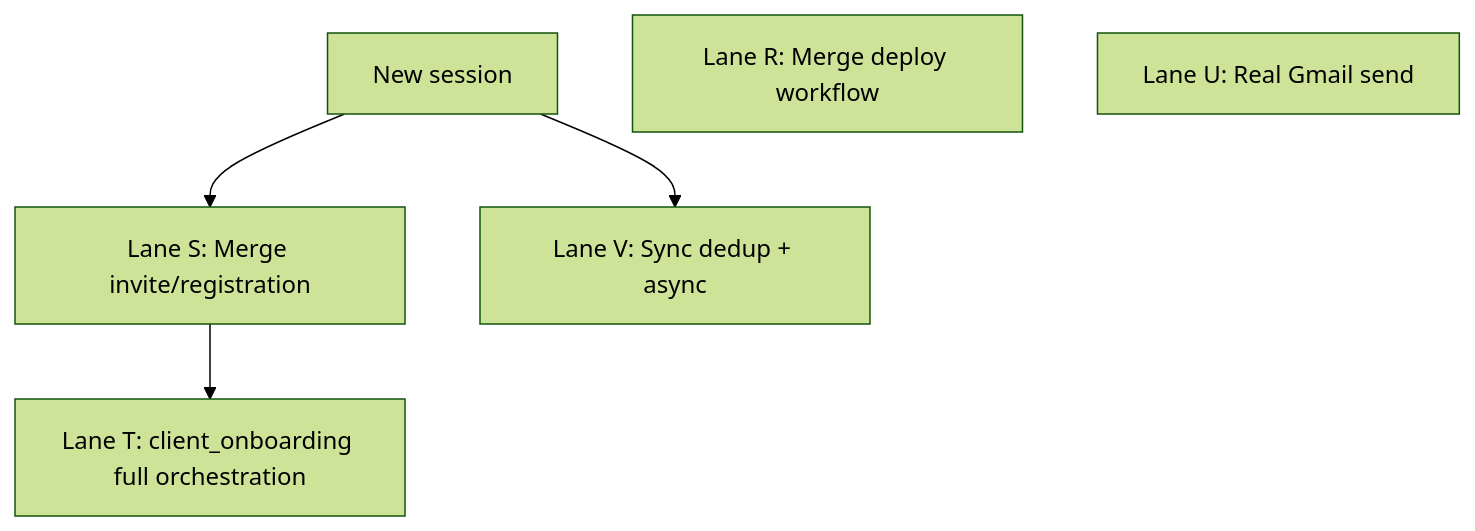
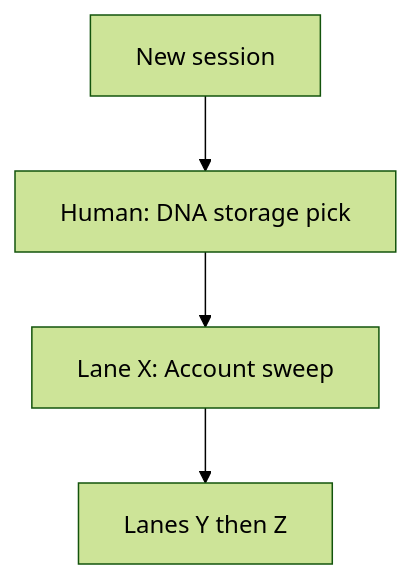
Before and after one commit to mbiv33/FlavorOS_1.5: the diagram in docs/planning/next_session_handoff.md, drawn with Mermaid (forest theme). The commit also changed other lines of this file and 51 other files, not shown here.

````diff
--- a/docs/planning/next_session_handoff.md
+++ b/docs/planning/next_session_handoff.md
@@ -92,13 +114,11 @@
 ```mermaid
 flowchart TD
   start[New session]
-  merge_p[Lane R: Merge deploy workflow]
-  merge_q[Lane S: Merge invite/registration]
-  onboarding_skill[Lane T: client_onboarding full orchestration]
-  gmail_send[Lane U: Real Gmail send]
-  sync_harden[Lane V: Sync dedup + async]
+  storage[Human: DNA storage pick]
+  sweep[Lane X: Account sweep]
+  dna[Lanes Y then Z]
 
-  start --> merge_q
-  merge_q --> onboarding_skill
-  start --> sync_harden
+  start --> storage
+  storage --> sweep
+  sweep --> dna
 ```
````
